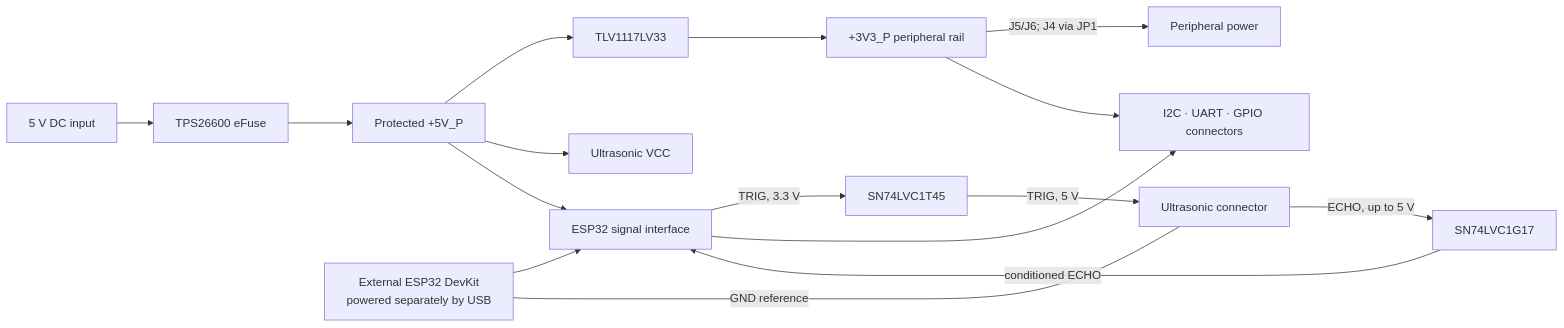
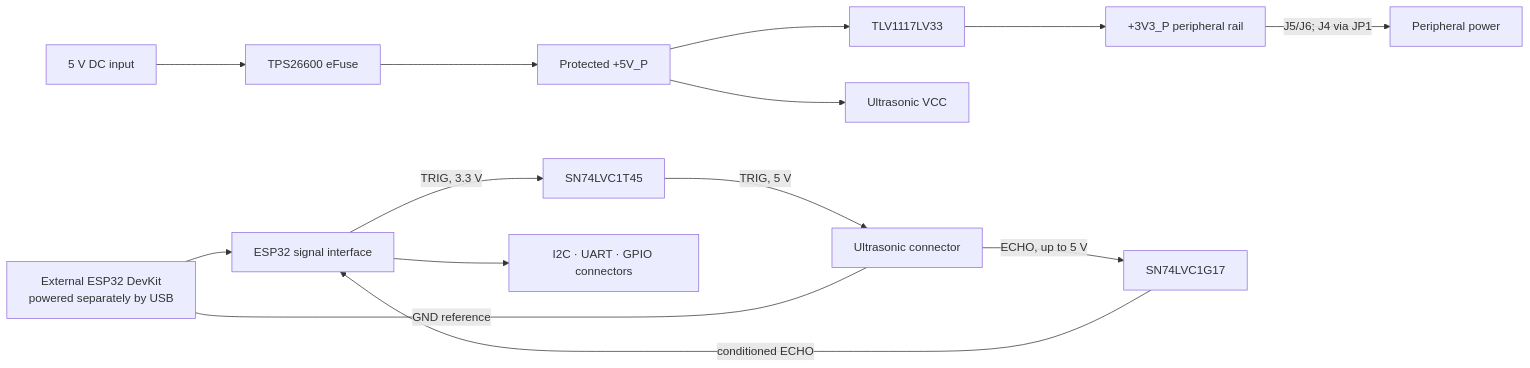
Before and after one commit to AJC938/AI-PCB-Engineer: the diagram in README.md, drawn with Mermaid.

Commit message:
docs: clarify peripheral rail diagram

````diff
--- a/README.md
+++ b/README.md
@@ -24,16 +24,14 @@
 ```mermaid
 flowchart LR
   IN[5 V DC input] --> EF[TPS26600 eFuse] --> R5[Protected +5V_P]
   R5 --> LDO[TLV1117LV33] --> R3[+3V3_P peripheral rail]
   R5 --> USV[Ultrasonic VCC]
   ESP[External ESP32 DevKit<br/>powered separately by USB] --> IF[ESP32 signal interface]
   IF -->|TRIG, 3.3 V| TX[SN74LVC1T45]
   TX -->|TRIG, 5 V| US[Ultrasonic connector]
   US -->|ECHO, up to 5 V| RX[SN74LVC1G17]
   RX -->|conditioned ECHO| IF
   IF --> COM[I2C · UART · GPIO connectors]
   R3 -->|J5/J6; J4 via JP1| PER[Peripheral power]
-  R5 --> IF
-  R3 --> COM
   ESP ---|GND reference| US
 ```
````
